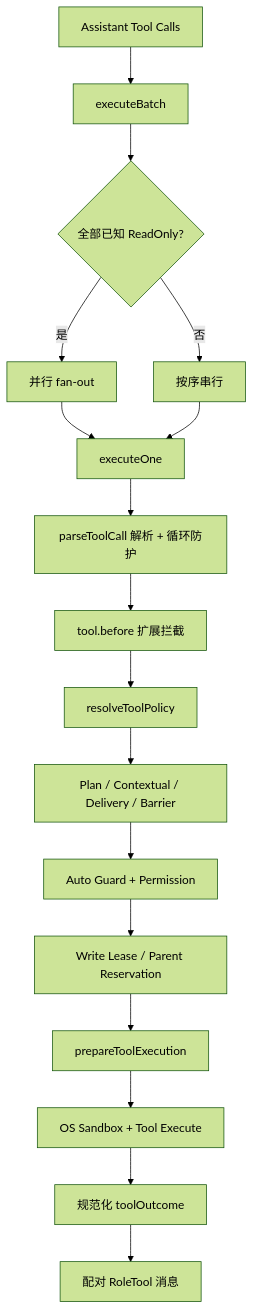
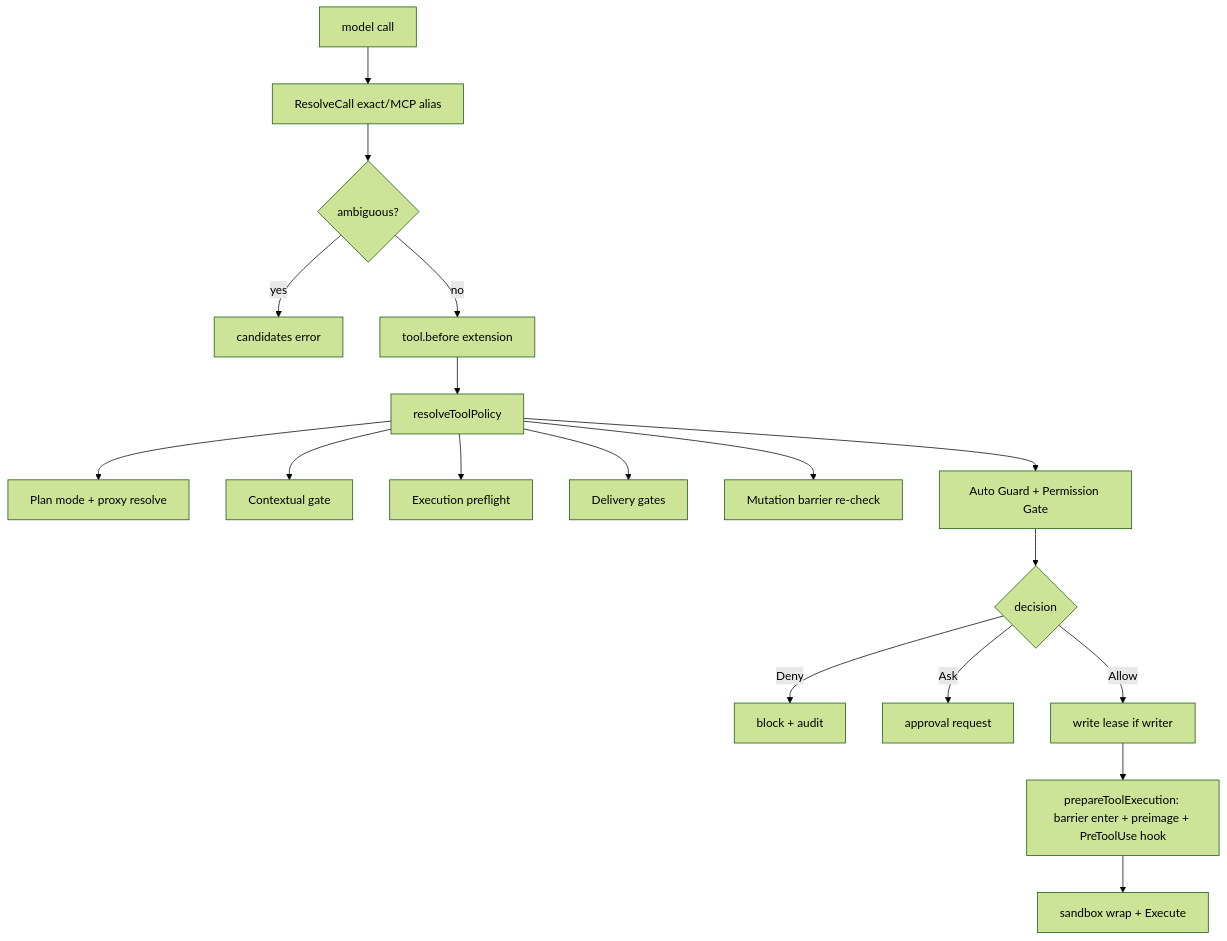
One commit to xiaoslin9153/awesome-agent-harness-tutorial changed the first of 2 diagrams in tutorial/zh-CN/03-frameworks/reasonix/tools-approval.md. Above: the diagram before and after it, drawn with Mermaid (forest theme). The commit also changed other lines of this file and 3 other files, not shown here.

````diff
--- a/tutorial/zh-CN/03-frameworks/reasonix/tools-approval.md
+++ b/tutorial/zh-CN/03-frameworks/reasonix/tools-approval.md
@@ -70,19 +62,20 @@
 ```mermaid
 flowchart TD
-  A[Assistant Tool Calls] --> B[executeBatch]
-  B --> C{全部已知 ReadOnly?}
-  C -- 是 --> D[并行 fan-out]
-  C -- 否 --> E[按序串行]
-  D --> F[executeOne]
-  E --> F
-  F --> G[parseToolCall 解析 + 循环防护]
-  G --> H[tool.before 扩展拦截]
-  H --> I[resolveToolPolicy]
-  I --> J[Plan / Contextual / Delivery / Barrier]
-  J --> K[Auto Guard + Permission]
-  K --> L[Write Lease / Parent Reservation]
-  L --> M[prepareToolExecution]
-  M --> N[OS Sandbox + Tool Execute]
-  N --> O[规范化 toolOutcome]
-  O --> P[配对 RoleTool 消息]
+  A[model call] --> B[ResolveCall exact/MCP alias]
+  B --> C{ambiguous?}
+  C -- yes --> X1[candidates error]
+  C -- no --> D[tool.before extension]
+  D --> E[resolveToolPolicy]
+  E --> E1[Plan mode + proxy resolve]
+  E --> E2[Contextual gate]
+  E --> E3[Execution preflight]
+  E --> E4[Delivery gates]
+  E --> E5[Mutation barrier re-check]
+  E --> E6[Auto Guard + Permission Gate]
+  E6 --> F{decision}
+  F -- Deny --> Y1[block + audit]
+  F -- Ask --> Y2[approval request]
+  F -- Allow --> G[write lease if writer]
+  G --> H[prepareToolExecution: barrier enter + preimage + PreToolUse hook]
+  H --> I[sandbox wrap + Execute]
 ```
````
